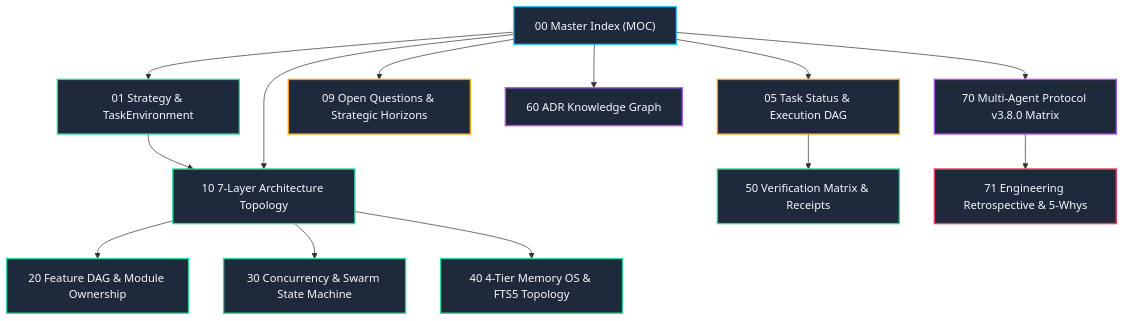
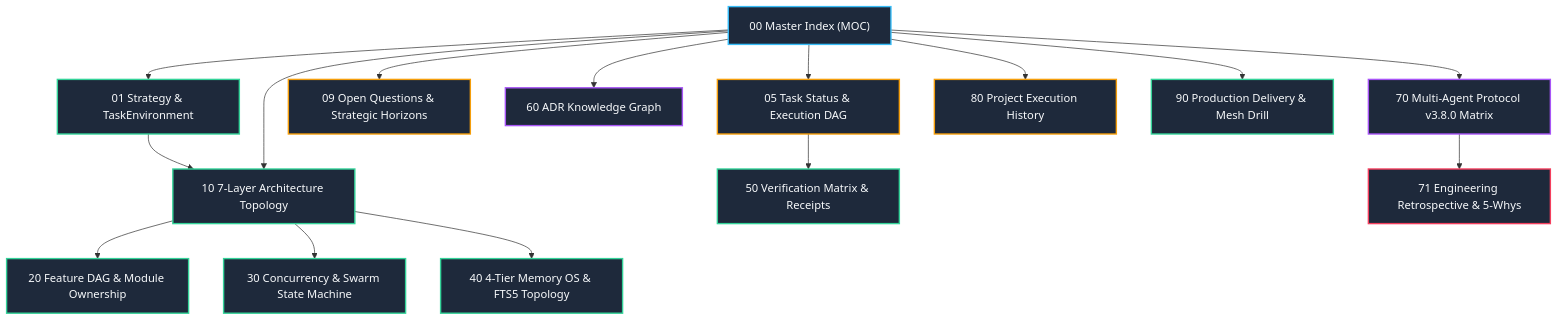
One commit to OPluke11-abula/LLM-Agent-System changed the diagram in docs/obsidian/00 LLM-Agent-System Index.md. Above: the diagram before and after it, drawn with Mermaid. The commit also changed other lines of this file and 76 other files, not shown here.

Commit message:
feat(release): v0.6.0 production release - swarm orchestration, multimodal mesh, ghcr publishing, and dual-track delivery (Phases 105-109 / Milestones T-032 ~ T-036)

````diff
--- a/docs/obsidian/00 LLM-Agent-System Index.md
+++ b/docs/obsidian/00 LLM-Agent-System Index.md
@@ -26,34 +26,38 @@
 ```mermaid
 graph TD
     classDef moc fill:#1e293b,stroke:#38bdf8,stroke-width:2px,color:#f8fafc;
     classDef task fill:#1e293b,stroke:#f59e0b,stroke-width:2px,color:#f8fafc;
     classDef arch fill:#1e293b,stroke:#34d399,stroke-width:2px,color:#f8fafc;
     classDef proto fill:#1e293b,stroke:#a855f7,stroke-width:2px,color:#f8fafc;
     classDef retro fill:#1e293b,stroke:#f43f5e,stroke-width:2px,color:#f8fafc;
 
     N00["00 Master Index (MOC)"]:::moc
     N01["01 Strategy & TaskEnvironment"]:::arch
     N05["05 Task Status & Execution DAG"]:::task
     N09["09 Open Questions & Strategic Horizons"]:::task
     N10["10 7-Layer Architecture Topology"]:::arch
     N20["20 Feature DAG & Module Ownership"]:::arch
     N30["30 Concurrency & Swarm State Machine"]:::arch
     N40["40 4-Tier Memory OS & FTS5 Topology"]:::arch
     N50["50 Verification Matrix & Receipts"]:::arch
     N60["60 ADR Knowledge Graph"]:::proto
     N70["70 Multi-Agent Protocol v3.8.0 Matrix"]:::proto
     N71["71 Engineering Retrospective & 5-Whys"]:::retro
+    N80["80 Project Execution History"]:::task
+    N90["90 Production Delivery & Mesh Drill"]:::arch
 
     N00 --> N01
     N01 --> N10
     N00 --> N05
     N00 --> N09
     N00 --> N10
     N10 --> N20
     N10 --> N30
     N10 --> N40
     N05 --> N50
     N00 --> N60
     N00 --> N70
     N70 --> N71
+    N00 --> N80
+    N00 --> N90
 ```
````
